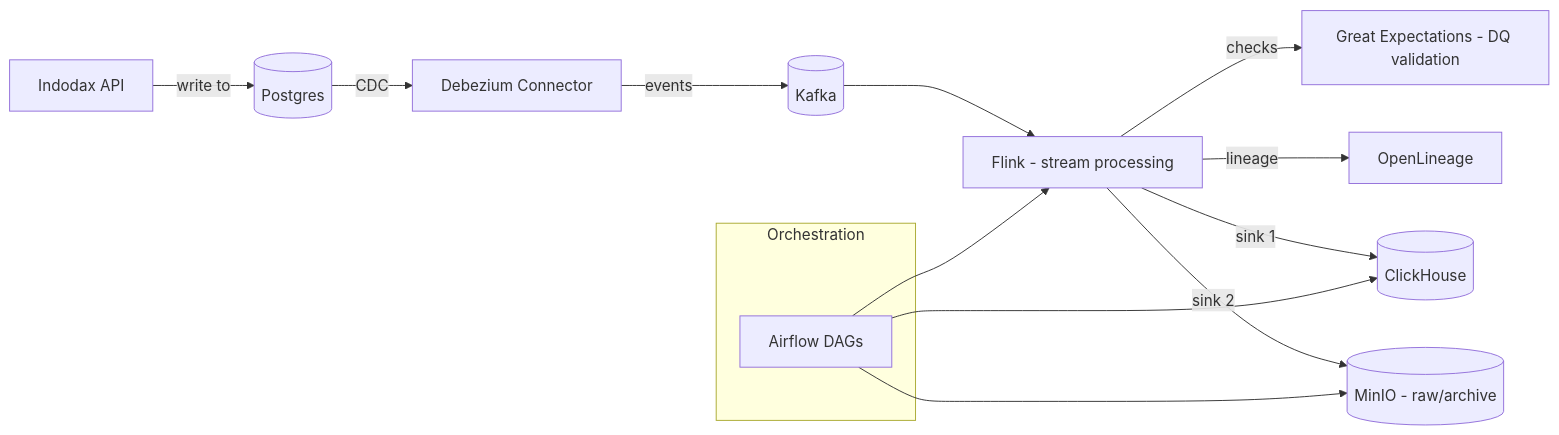
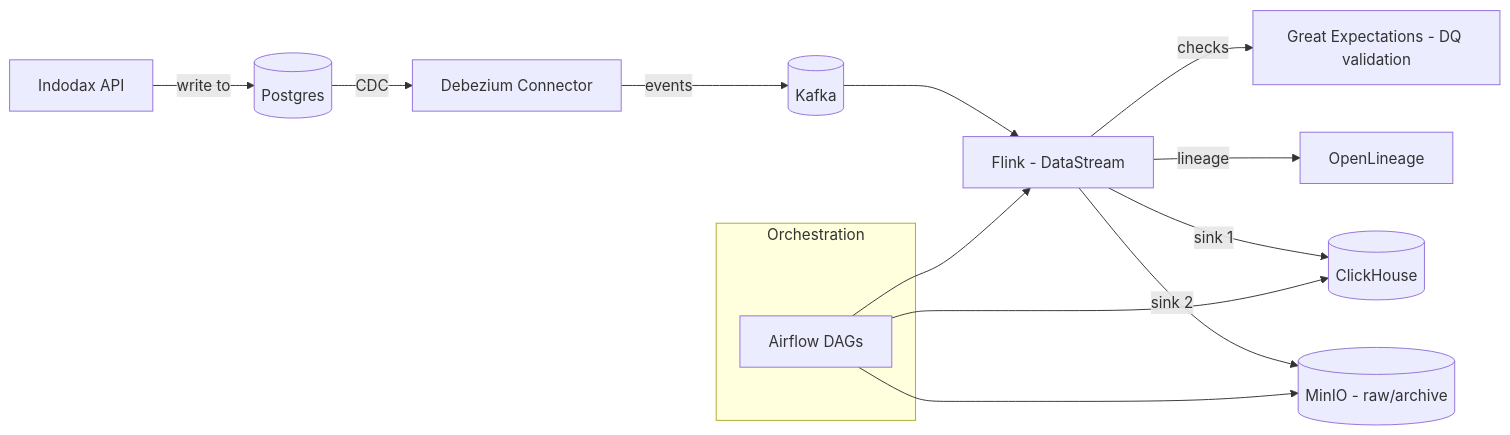
The diagram in README.md (4lcatrust/aether-stream), drawn with Mermaid before and after one commit.

````diff
--- a/README.md
+++ b/README.md
@@ -3,17 +3,17 @@
 ```mermaid
 flowchart LR
   A[Indodax API] -->|write to| B[(Postgres)]
   B -->|CDC| C[Debezium Connector]
   C -->|events| D[(Kafka)]
-  D --> E[Flink - stream processing]
+  D --> E[Flink - DataStream]
   E -->|checks| F[Great Expectations - DQ validation]
   E -->|lineage| G[OpenLineage]
   E -->|sink 1| H[(ClickHouse)]
   E -->|sink 2| I[(MinIO - raw/archive)]
   subgraph J[Orchestration]
     K[Airflow DAGs]
   end
   K --> E
   K --> H
   K --> I
 ```
````
